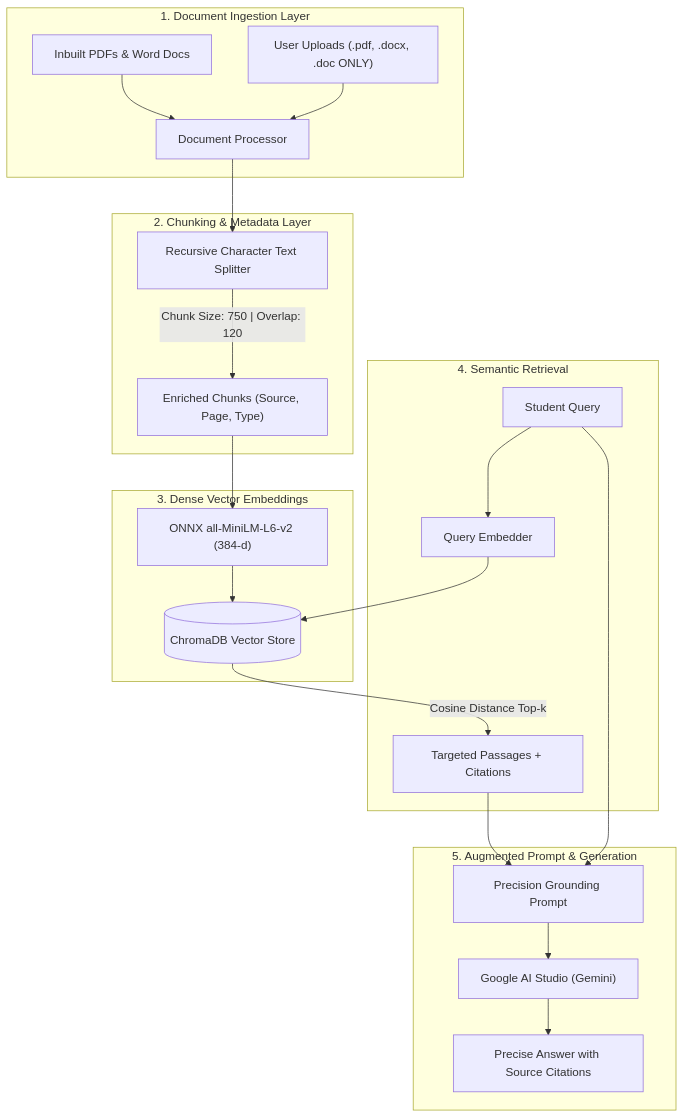
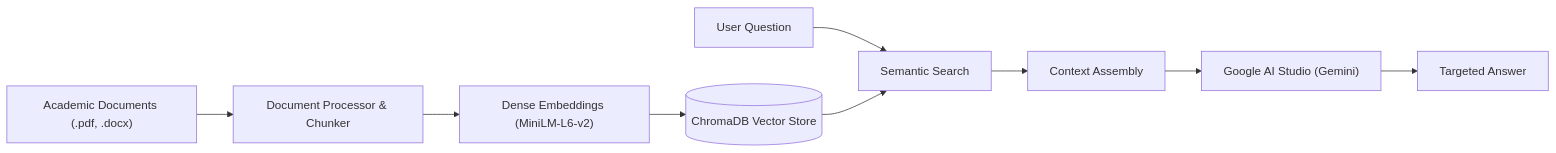
One commit to jeel190/College-GPT changed the diagram in README.md. Above: the diagram before and after it, drawn with Mermaid. The commit also changed other lines of this file and 1 other file, not shown here.

````diff
--- a/README.md
+++ b/README.md
@@ -37,30 +27,12 @@
 ```mermaid
-flowchart TD
-    subgraph INGESTION["1. Document Ingestion Layer"]
-        D1["Inbuilt PDFs & Word Docs"] --> P["Document Processor"]
-        D2["User Uploads (.pdf, .docx, .doc ONLY)"] --> P
-    end
+flowchart LR
+    A["Academic Documents (.pdf, .docx)"] --> B["Document Processor & Chunker"]
+    B --> C["Dense Embeddings (MiniLM-L6-v2)"]
+    C --> D[("ChromaDB Vector Store")]
 
-    subgraph CHUNKING["2. Chunking & Metadata Layer"]
-        P --> CS["Recursive Character Text Splitter"]
-        CS -->|"Chunk Size: 750 | Overlap: 120"| CK["Enriched Chunks (Source, Page, Type)"]
-    end
-
-    subgraph EMBEDDING["3. Dense Vector Embeddings"]
-        CK --> EMB["ONNX all-MiniLM-L6-v2 (384-d)"]
-        EMB --> VDB[("ChromaDB Vector Store")]
-    end
-
-    subgraph RETRIEVAL["4. Semantic Retrieval"]
-        UQ["Student Query"] --> QEMB["Query Embedder"]
-        QEMB --> VDB
-        VDB -->|"Cosine Distance Top-k"| REL["Targeted Passages + Citations"]
-    end
-
-    subgraph SYNTHESIS["5. Augmented Prompt & Generation"]
-        REL --> PROMPT["Precision Grounding Prompt"]
-        UQ --> PROMPT
-        PROMPT --> LLM["Google AI Studio (Gemini)"]
-        LLM --> RESP["Precise Answer with Source Citations"]
-    end
+    E["User Question"] --> F["Semantic Search"]
+    D --> F
+    F --> G["Context Assembly"]
+    G --> H["Google AI Studio (Gemini)"]
+    H --> I["Targeted Answer"]
 ```
````
